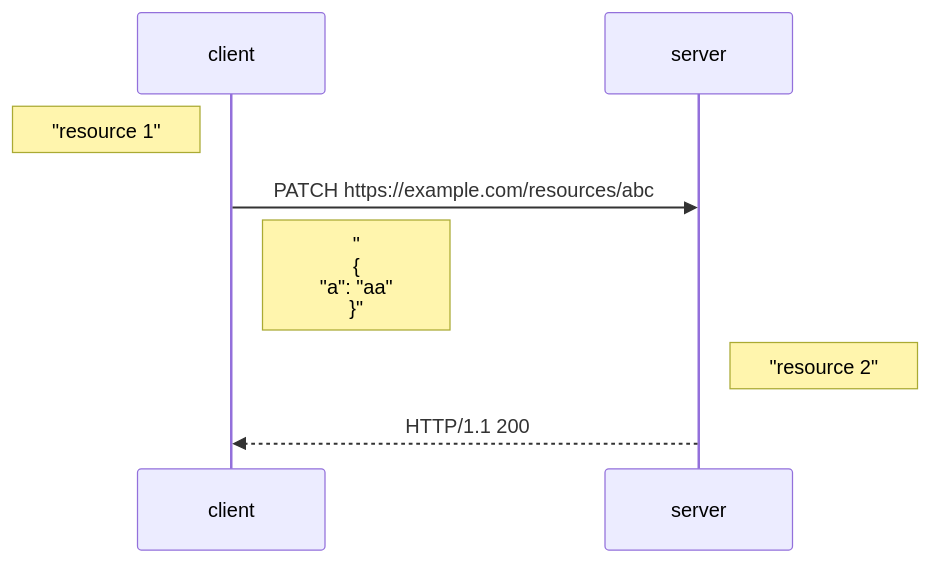
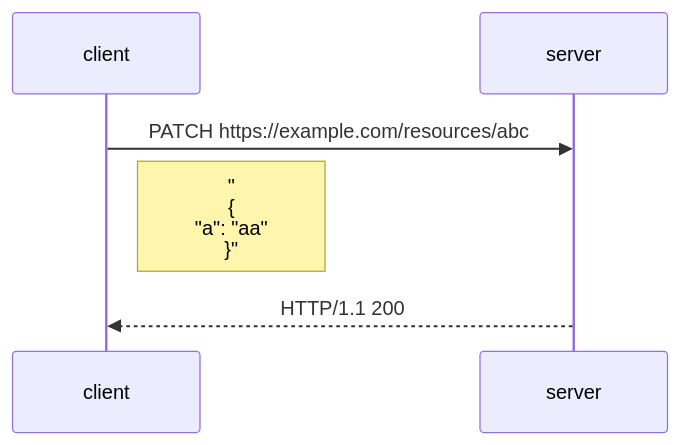
Before and after one commit to annelo-msft/gists: the diagram in patch-models/samples.md, drawn with Mermaid.

````diff
--- a/patch-models/samples.md
+++ b/patch-models/samples.md
@@ -12,10 +12,8 @@
 ```mermaid
 sequenceDiagram
     participant client
     participant server
-    Note left of client: "resource 1"
     client->>server: PATCH https://example.com/resources/abc
     Note right of client: "<br> { <br> "a": "aa" <br> }"
-    Note right of server: "resource 2"
     server-->>client: HTTP/1.1 200
 ```
````
